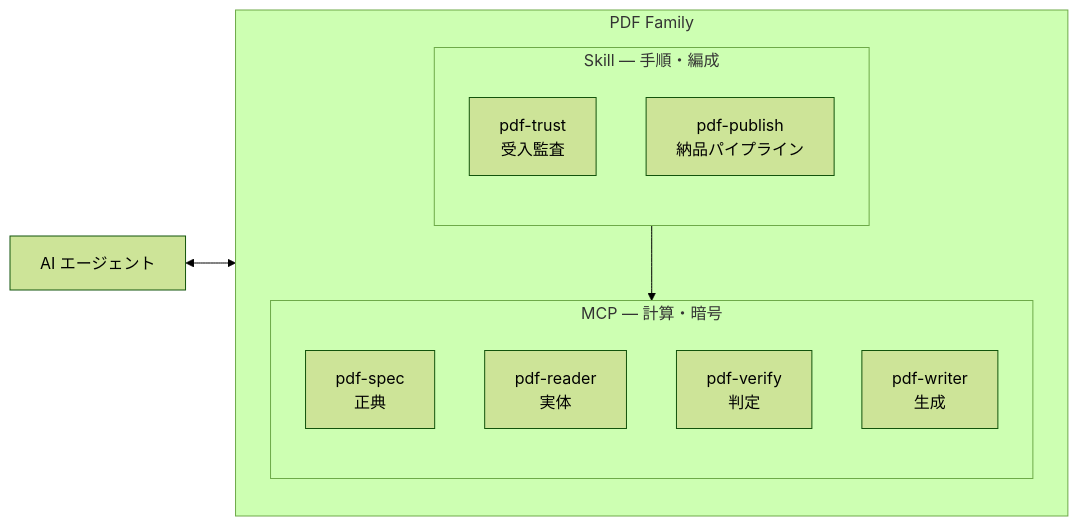
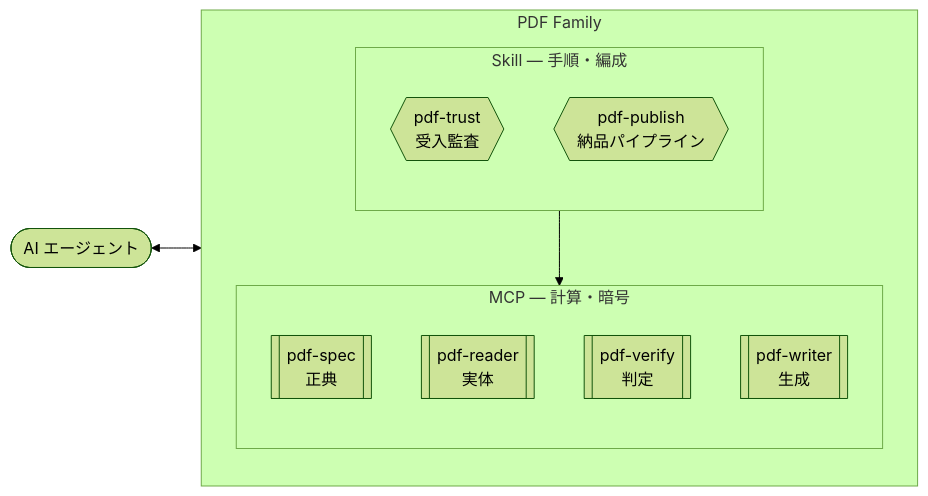
Before and after one commit to shuji-bonji/zenn-articles: the second of 5 diagrams in articles/pdf-agent-stack-intro.md, drawn with Mermaid (forest theme). The commit also changed other lines of this file, not shown here.

Commit message:
fix: フロー図の修正

````diff
--- a/articles/pdf-agent-stack-intro.md
+++ b/articles/pdf-agent-stack-intro.md
@@ -125,23 +155,23 @@
 ```mermaid
 graph LR
-  AGENT["AI エージェント"]
+  AGENT(["AI エージェント"])
 
   subgraph FAMILY["PDF Family"]
     direction TB
     subgraph SKILL["Skill — 手順・編成"]
       direction TB
-      TRUST["pdf-trust<br>受入監査"]
-      PUBLISH["pdf-publish<br>納品パイプライン"]
+      TRUST{{"pdf-trust<br>受入監査"}}
+      PUBLISH{{"pdf-publish<br>納品パイプライン"}}
     end
     subgraph MCP["MCP — 計算・暗号"]
       direction TB
-      SPEC["pdf-spec<br>正典"]
-      READER["pdf-reader<br>実体"]
-      VERIFY["pdf-verify<br>判定"]
-      WRITER["pdf-writer<br>生成"]
+      SPEC[["pdf-spec<br>正典"]]
+      READER[["pdf-reader<br>実体"]]
+      VERIFY[["pdf-verify<br>判定"]]
+      WRITER[["pdf-writer<br>生成"]]
     end
     SKILL --> MCP
   end
 
   AGENT <--> FAMILY
 ```
````
